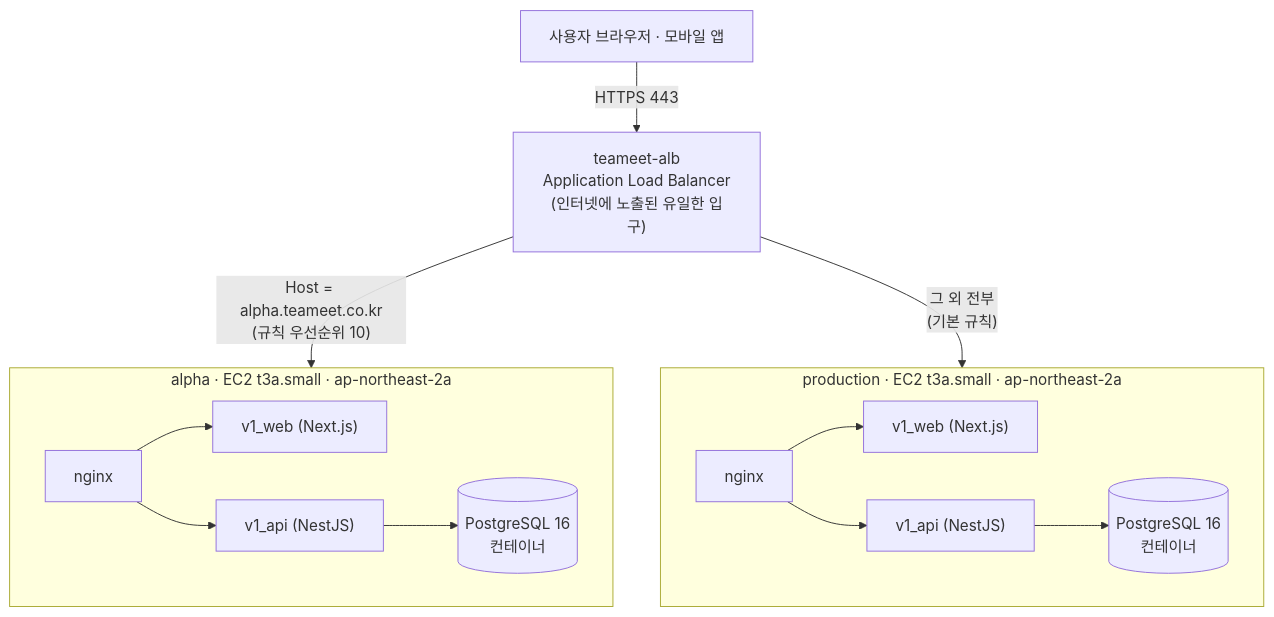
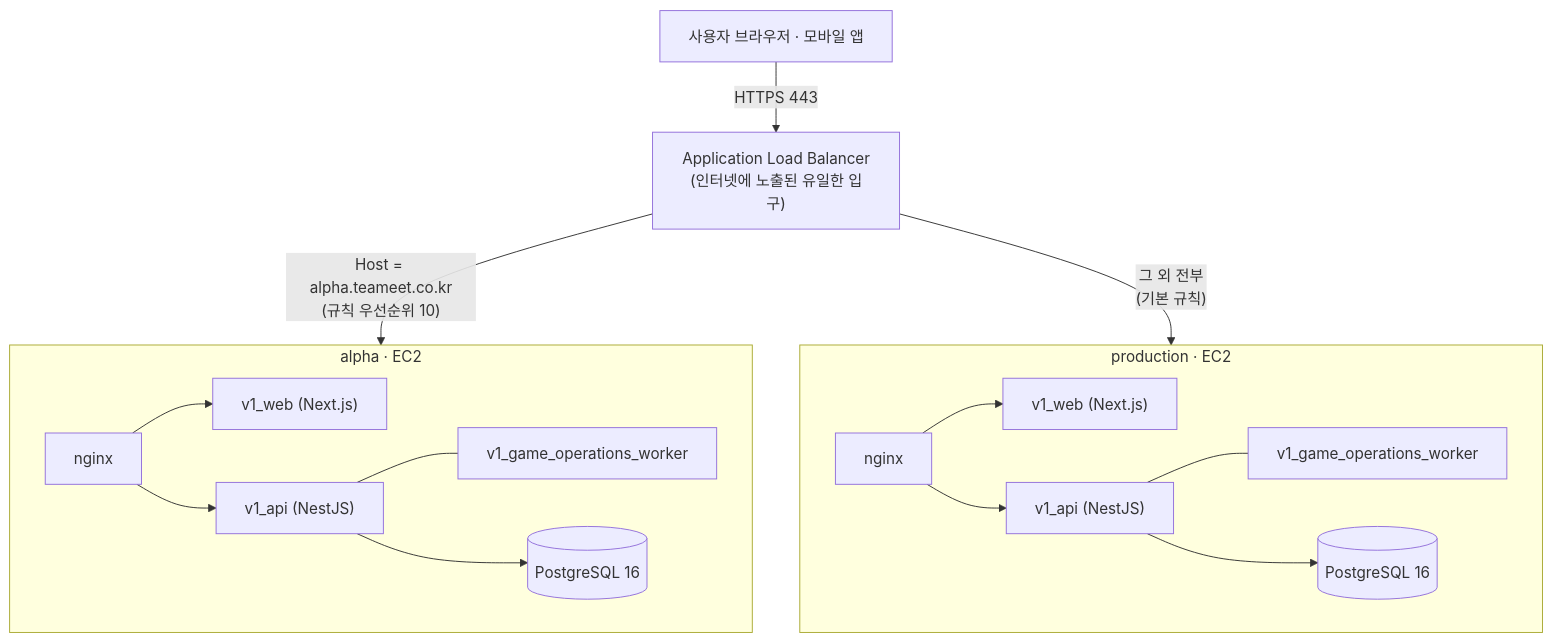
Before and after one commit to kim-song-jun/matchup-sports-platform: the first of 4 diagrams in README.md, drawn with Mermaid. The commit also changed other lines of this file, not shown here.

````diff
--- a/README.md
+++ b/README.md
@@ -124,21 +71,23 @@
 ```mermaid
 graph TB
     U["사용자 브라우저 · 모바일 앱"]
-    ALB["teameet-alb<br/>Application Load Balancer<br/>(인터넷에 노출된 유일한 입구)"]
+    ALB["Application Load Balancer<br/>(인터넷에 노출된 유일한 입구)"]
 
     U -->|HTTPS 443| ALB
     ALB -->|"Host = alpha.teameet.co.kr<br/>(규칙 우선순위 10)"| A
     ALB -->|"그 외 전부<br/>(기본 규칙)"| P
 
-    subgraph A["alpha · EC2 t3a.small · ap-northeast-2a"]
+    subgraph A["alpha · EC2"]
         AN["nginx"] --> AW["v1_web (Next.js)"]
         AN --> AA["v1_api (NestJS)"]
-        AA --> AP[("PostgreSQL 16<br/>컨테이너")]
+        AA --- AG["v1_game_operations_worker"]
+        AA --> AP[("PostgreSQL 16")]
     end
 
-    subgraph P["production · EC2 t3a.small · ap-northeast-2a"]
+    subgraph P["production · EC2"]
         PN["nginx"] --> PW["v1_web (Next.js)"]
         PN --> PA["v1_api (NestJS)"]
-        PA --> PP[("PostgreSQL 16<br/>컨테이너")]
+        PA --- PG["v1_game_operations_worker"]
+        PA --> PP[("PostgreSQL 16")]
     end
 ```
````
